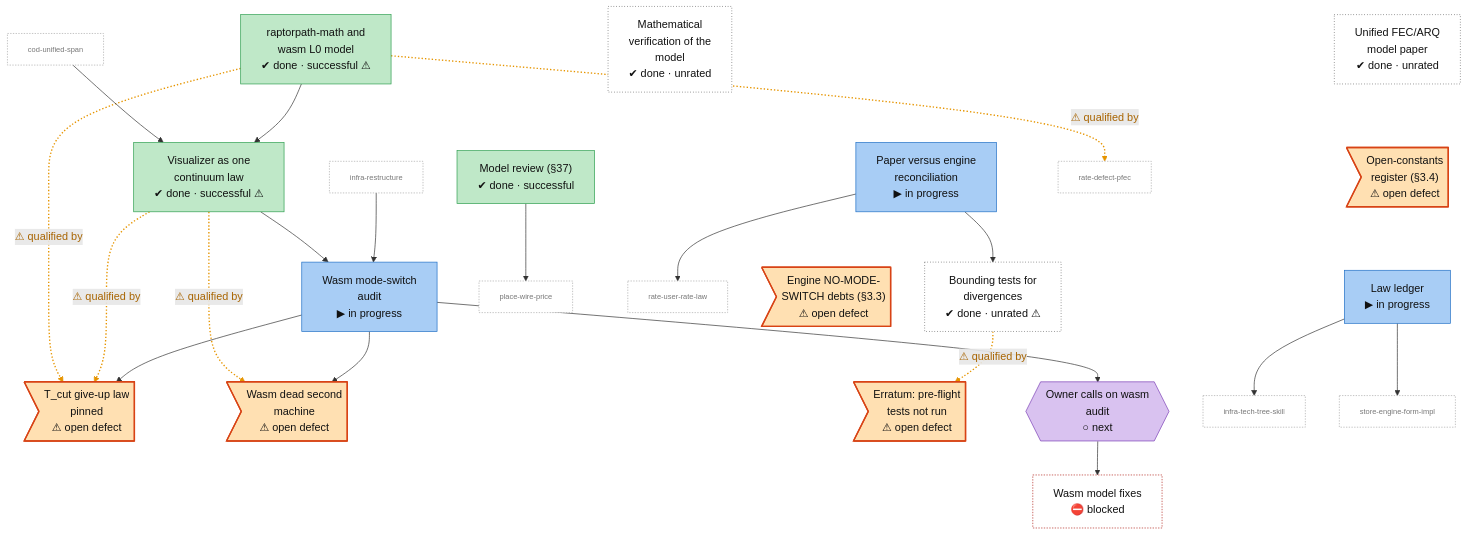
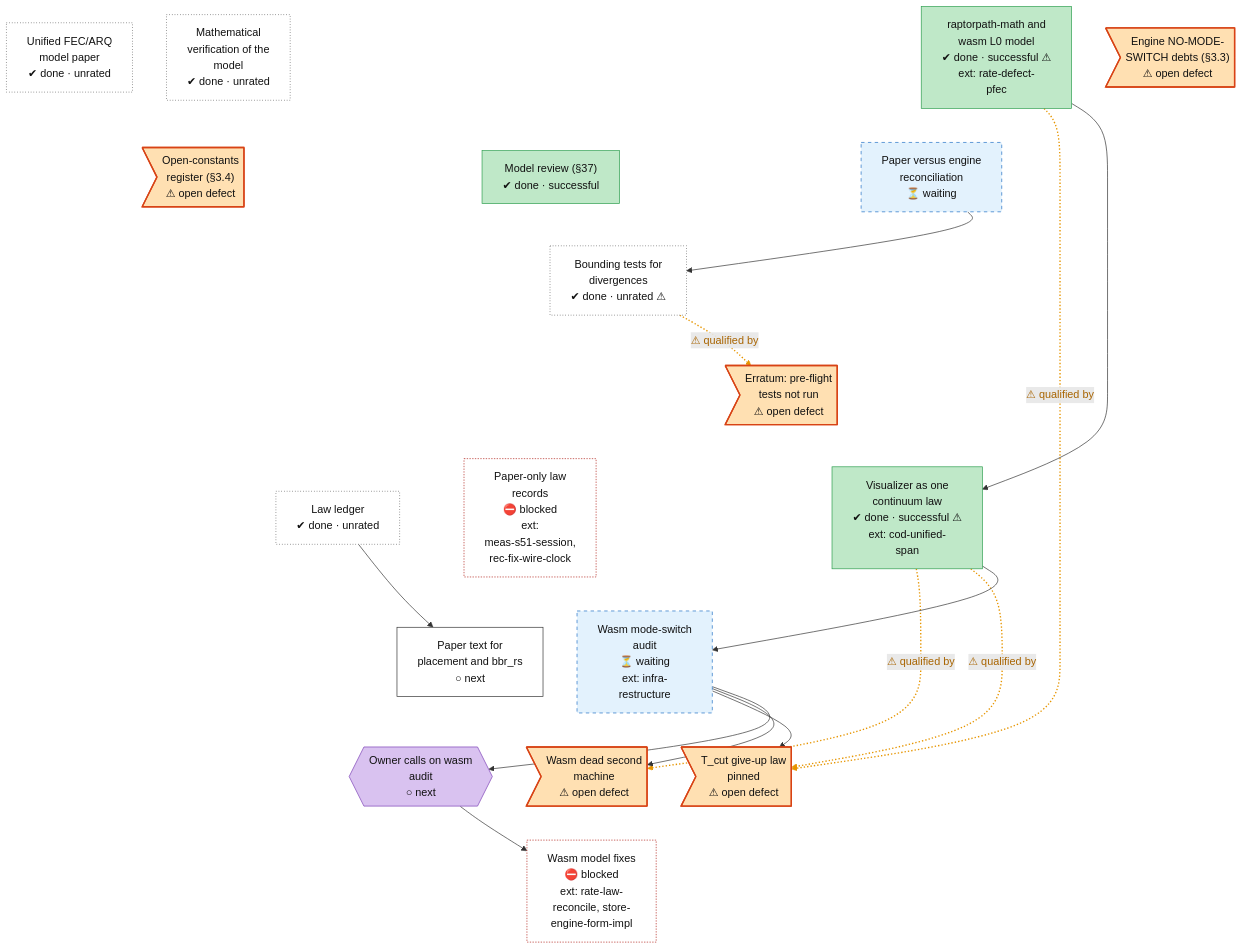
Before and after one commit to lhns/raptorpath: diagram 12 of 14 in docs/roadmap.md, drawn with Mermaid. The commit also changed other lines of this file and 1 other file, not shown here.

Commit message:
roadmap: 228 nodes - law-ledger fix order folded in, waiting vs running, owner-request coverage, dates from merges; regenerated on the portrait layout

````diff
--- a/docs/roadmap.md
+++ b/docs/roadmap.md
@@ -1433,51 +1781,84 @@
 flowchart TB
     model_paper_v1["Unified FEC/ARQ<br/>model paper<br/>✔ done · unrated"]
     model_math_verification["Mathematical<br/>verification of the<br/>model<br/>✔ done · unrated"]
-    model_wasm_l0["raptorpath-math and<br/>wasm L0 model<br/>✔ done · successful ⚠"]
-    model_vis_continuum["Visualizer as one<br/>continuum law<br/>✔ done · successful ⚠"]
+    model_wasm_l0["raptorpath-math and<br/>wasm L0 model<br/>✔ done · successful ⚠<br/>ext: rate-defect-<br/>pfec"]
+    model_vis_continuum["Visualizer as one<br/>continuum law<br/>✔ done · successful ⚠<br/>ext: cod-unified-<br/>span"]
     model_mode_switch_debts>"Engine NO-MODE-<br/>SWITCH debts (#167;3.3)<br/>⚠ open defect"]
     model_open_constants>"Open-constants<br/>register (#167;3.4)<br/>⚠ open defect"]
     model_review_37["Model review (#167;37)<br/>✔ done · successful"]
-    model_paper_recon["Paper versus engine<br/>reconciliation<br/>▶ in progress"]
+    model_paper_recon["Paper versus engine<br/>reconciliation<br/>⏳ waiting"]
     model_bound_tests["Bounding tests for<br/>divergences<br/>✔ done · unrated ⚠"]
-    model_wasm_audit["Wasm mode-switch<br/>audit<br/>▶ in progress"]
+    model_wasm_audit["Wasm mode-switch<br/>audit<br/>⏳ waiting<br/>ext: infra-<br/>restructure"]
     model_defect_tcut>"T_cut give-up law<br/>pinned<br/>⚠ open defect"]
     model_defect_dead_machine>"Wasm dead second<br/>machine<br/>⚠ open defect"]
     model_bound_tests_unrun>"Erratum: pre-flight<br/>tests not run<br/>⚠ open defect"]
-    model_law_ledger["Law ledger<br/>▶ in progress"]
+    model_law_ledger["Law ledger<br/>✔ done · unrated"]
     model_user_wasm_calls{{"Owner calls on wasm<br/>audit<br/>○ next"}}
-    model_wasm_fixes["Wasm model fixes<br/>⛔ blocked"]
+    model_wasm_fixes["Wasm model fixes<br/>⛔ blocked<br/>ext: rate-law-<br/>reconcile, store-<br/>engine-form-impl"]
+    model_fix_paper_p2["Paper text for<br/>placement and bbr_rs<br/>○ next"]
+    model_fix_paper_p3["Paper-only law<br/>records<br/>⛔ blocked<br/>ext:<br/>meas-s51-session,<br/>rec-fix-wire-clock"]
     model_paper_v1 ~~~ model_open_constants
+    model_paper_v1 ~~~ model_review_37
+    model_paper_v1 ~~~ model_paper_recon
+    model_paper_v1 ~~~ model_bound_tests_unrun
+    model_math_verification ~~~ model_open_constants
     model_math_verification ~~~ model_review_37
+    model_math_verification ~~~ model_paper_recon
+    model_math_verification ~~~ model_bound_tests_unrun
+    model_wasm_l0 ~~~ model_open_constants
+    model_wasm_l0 ~~~ model_review_37
     model_wasm_l0 ~~~ model_paper_recon
+    model_wasm_l0 ~~~ model_bound_tests_unrun
+    model_mode_switch_debts ~~~ model_open_constants
+    model_mode_switch_debts ~~~ model_review_37
+    model_mode_switch_debts ~~~ model_paper_recon
     model_mode_switch_debts ~~~ model_bound_tests_unrun
     model_open_constants ~~~ model_law_ledger
-    x_cod_unified_span["cod-unified-span"]
-    x_infra_restructure["infra-restructure"]
-    x_infra_tech_tree_skill["infra-tech-tree-skill"]
-    x_place_wire_price["place-wire-price"]
-    x_rate_defect_pfec["rate-defect-pfec"]
-    x_rate_user_rate_law["rate-user-rate-law"]
-    x_store_engine_form_impl["store-engine-form-impl"]
-    model_review_37 --> x_place_wire_price
-    model_wasm_l0 -.->|⚠ qualified by| x_rate_defect_pfec
+    model_open_constants ~~~ model_fix_paper_p3
+    model_open_constants ~~~ model_vis_continuum
+    model_open_constants ~~~ model_bound_tests
+    model_review_37 ~~~ model_law_ledger
+    model_review_37 ~~~ model_fix_paper_p3
+    model_review_37 ~~~ model_vis_continuum
+    model_review_37 ~~~ model_bound_tests
+    model_paper_recon ~~~ model_law_ledger
+    model_paper_recon ~~~ model_fix_paper_p3
+    model_paper_recon ~~~ model_vis_continuum
+    model_paper_recon ~~~ model_bound_tests
+    model_bound_tests_unrun ~~~ model_law_ledger
+    model_bound_tests_unrun ~~~ model_fix_paper_p3
+    model_bound_tests_unrun ~~~ model_vis_continuum
+    model_bound_tests_unrun ~~~ model_bound_tests
+    model_law_ledger ~~~ model_fix_paper_p2
+    model_law_ledger ~~~ model_wasm_audit
+    model_fix_paper_p3 ~~~ model_fix_paper_p2
+    model_fix_paper_p3 ~~~ model_wasm_audit
+    model_vis_continuum ~~~ model_fix_paper_p2
+    model_vis_continuum ~~~ model_wasm_audit
+    model_bound_tests ~~~ model_fix_paper_p2
+    model_bound_tests ~~~ model_wasm_audit
+    model_fix_paper_p2 ~~~ model_defect_tcut
+    model_fix_paper_p2 ~~~ model_defect_dead_machine
+    model_fix_paper_p2 ~~~ model_user_wasm_calls
+    model_wasm_audit ~~~ model_defect_tcut
+    model_wasm_audit ~~~ model_defect_dead_machine
+    model_wasm_audit ~~~ model_user_wasm_calls
+    model_defect_tcut ~~~ model_wasm_fixes
+    model_defect_dead_machine ~~~ model_wasm_fixes
+    model_user_wasm_calls ~~~ model_wasm_fixes
     model_wasm_l0 -.->|⚠ qualified by| model_defect_tcut
-    x_cod_unified_span --> model_vis_continuum
     model_wasm_l0 --> model_vis_continuum
     model_vis_continuum -.->|⚠ qualified by| model_defect_dead_machine
     model_vis_continuum -.->|⚠ qualified by| model_defect_tcut
     model_paper_recon --> model_bound_tests
     model_bound_tests -.->|⚠ qualified by| model_bound_tests_unrun
     model_vis_continuum --> model_wasm_audit
-    x_infra_restructure --> model_wasm_audit
     model_wasm_audit --> model_defect_tcut
     model_wasm_audit --> model_defect_dead_machine
     model_wasm_audit --> model_user_wasm_calls
-    model_paper_recon --> x_rate_user_rate_law
-    model_law_ledger --> x_store_engine_form_impl
     model_user_wasm_calls --> model_wasm_fixes
-    model_law_ledger --> x_infra_tech_tree_skill
-    linkStyle 6,7,10,11,13 stroke:#e69500,stroke-width:2px,stroke-dasharray:2 3,color:#a86400
+    model_law_ledger --> model_fix_paper_p2
+    linkStyle 49,51,52,54 stroke:#e69500,stroke-width:2px,stroke-dasharray:2 3,color:#a86400
     classDef vsucc fill:#2e9e4f,stroke:#1b6b34,color:#fff
     classDef succ fill:#bfe8c8,stroke:#2e9e4f,color:#111
     classDef mixed fill:#ffd37a,stroke:#c98a00,color:#111
@@ -1490,12 +1871,12 @@
     classDef unrated fill:#fff,stroke:#333,stroke-dasharray:1 3,color:#111
     classDef userdec fill:#d9c2f0,stroke:#7b3fb5,color:#111
     classDef defect fill:#ffe0b2,stroke:#d84315,stroke-width:2px,color:#111
-    classDef stub fill:#fff,stroke:#aaa,stroke-dasharray:2 2,color:#777,font-size:11px
-    class model_paper_v1,model_math_verification,model_bound_tests unrated
+    classDef waiting fill:#e3f2fd,stroke:#1f6fc5,stroke-dasharray:5 5,color:#111
+    class model_paper_v1,model_math_verification,model_bound_tests,model_law_ledger unrated
     class model_wasm_l0,model_vis_continuum,model_review_37 succ
     class model_mode_switch_debts,model_open_constants,model_defect_tcut,model_defect_dead_machine,model_bound_tests_unrun defect
-    class model_paper_recon,model_wasm_audit,model_law_ledger inprog
+    class model_paper_recon,model_wasm_audit waiting
     class model_user_wasm_calls userdec
-    class model_wasm_fixes blocked
-    class x_cod_unified_span,x_infra_restructure,x_infra_tech_tree_skill,x_place_wire_price,x_rate_defect_pfec,x_rate_user_rate_law,x_store_engine_form_impl stub
+    class model_wasm_fixes,model_fix_paper_p3 blocked
+    class model_fix_paper_p2 next
 ```
````
